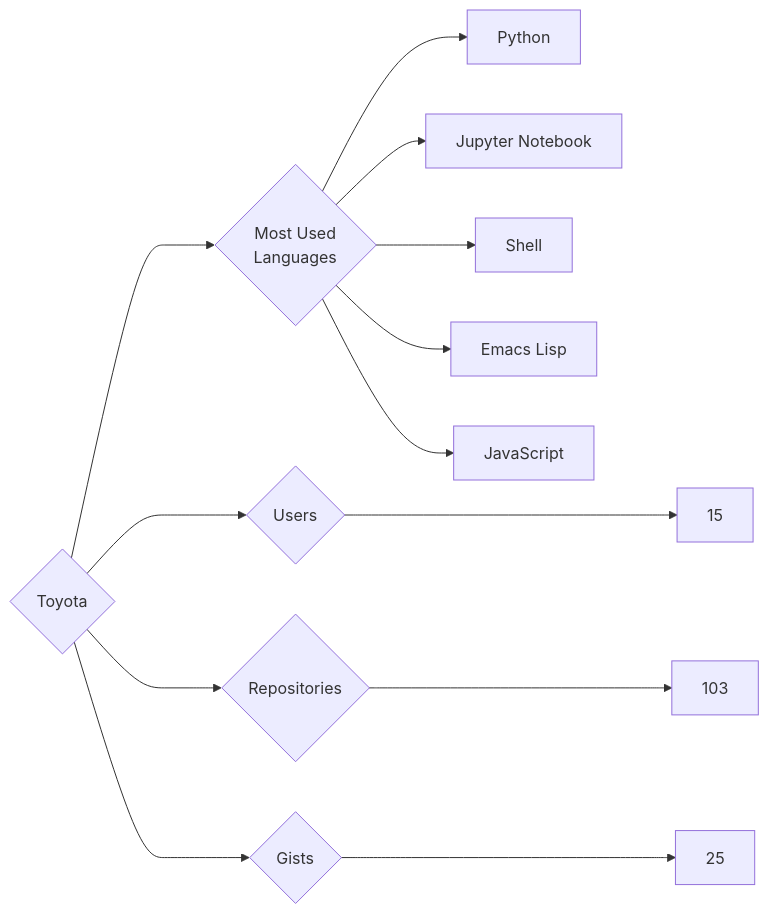
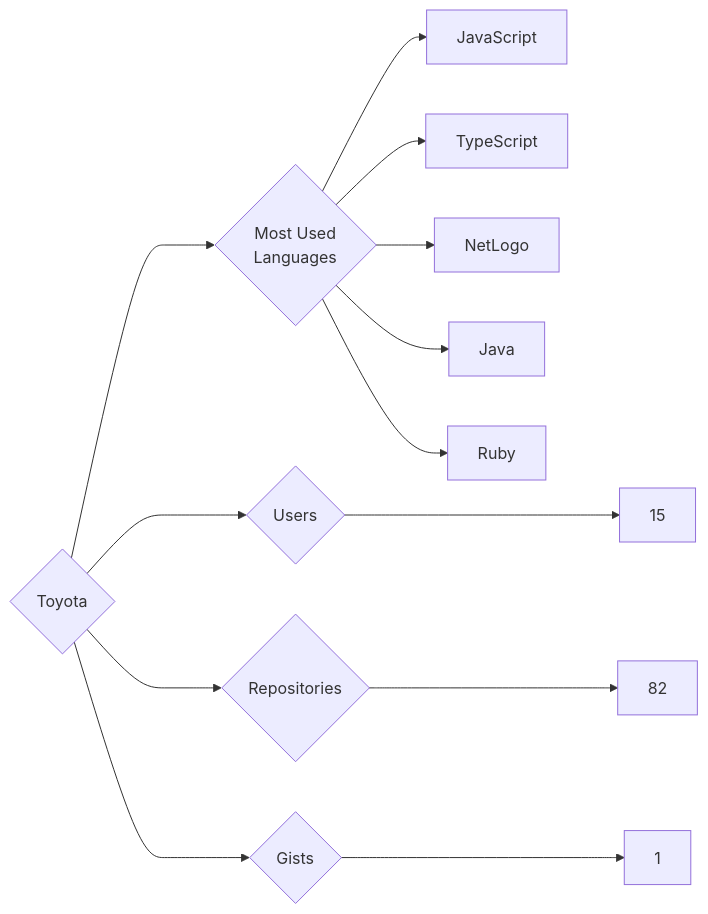
Before and after one commit to trickest/insiders: the diagram in targets/Toyota/README.md, drawn with Mermaid. The commit also changed 976 other files, not shown here.

````diff
--- a/targets/Toyota/README.md
+++ b/targets/Toyota/README.md
@@ -3,13 +3,13 @@
 ```mermaid
 graph LR
 COMPANY_NAME{Toyota}
 COMPANY_NAME ---> U{Users} ---> UN[15]
-COMPANY_NAME ---> R{Repositories} ---> RN[103]
-COMPANY_NAME ---> G{Gists} ---> GN[25]
+COMPANY_NAME ---> R{Repositories} ---> RN[82]
+COMPANY_NAME ---> G{Gists} ---> GN[1]
 COMPANY_NAME ---> ML{Most Used<br>Languages}
-ML --> Python[Python]
-ML --> Jupyter_Notebook[Jupyter Notebook]
-ML --> Shell[Shell]
-ML --> Emacs_Lisp[Emacs Lisp]
 ML --> JavaScript[JavaScript]
+ML --> TypeScript[TypeScript]
+ML --> NetLogo[NetLogo]
+ML --> Java[Java]
+ML --> Ruby[Ruby]
 ```
````
